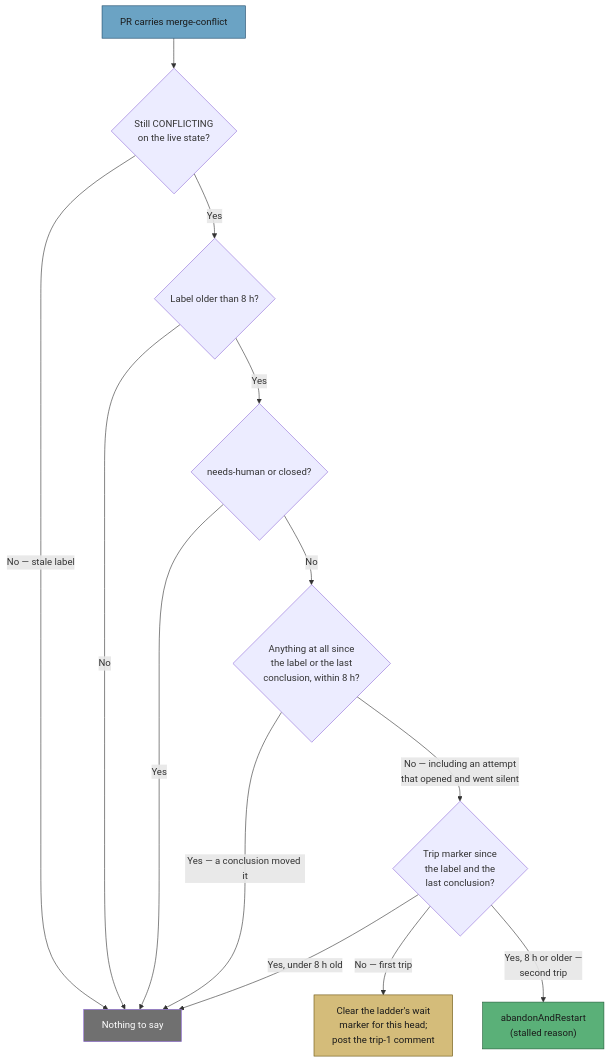
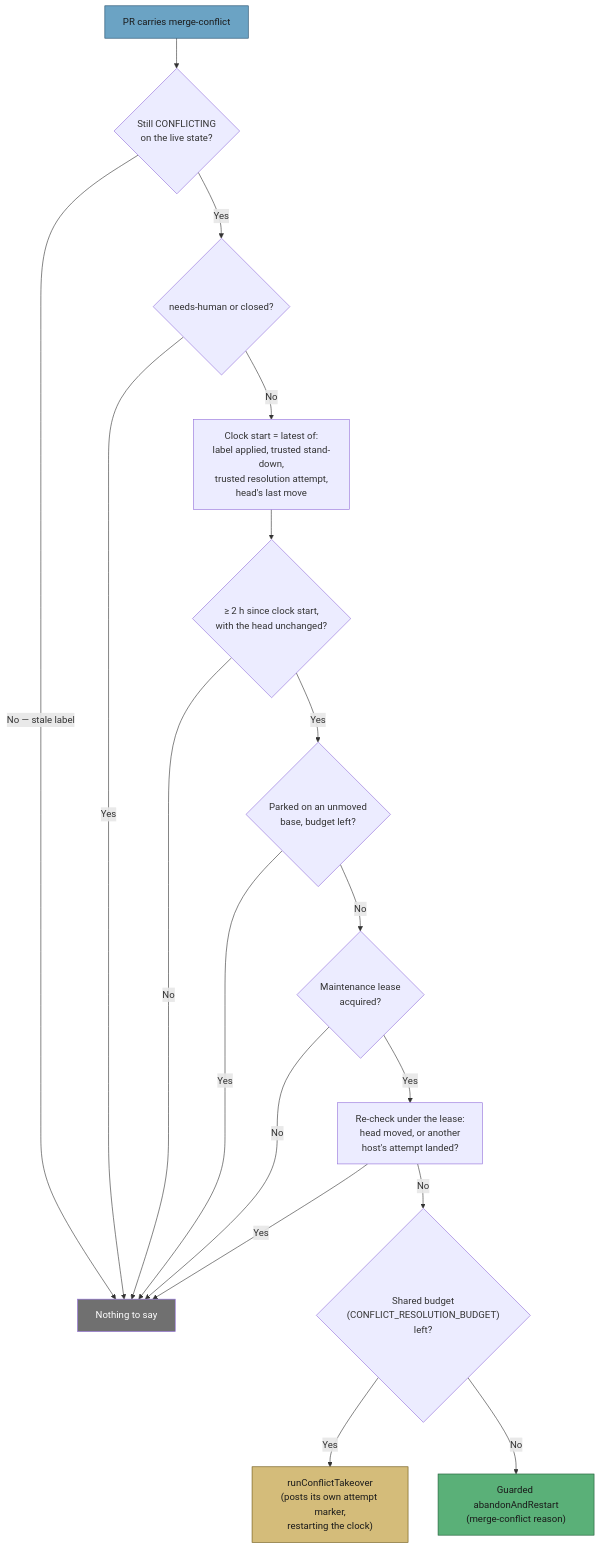
Before and after one commit to stSoftwareAU/VibeCoder: the seventh of 9 diagrams in docs/workflows/merge-conflicts.md, drawn with Mermaid. The commit also changed other lines of this file, not shown here.

Commit message:
Issue #3144: align docs/workflows/merge-conflicts.md with main before milestone sync

````diff
--- a/docs/workflows/merge-conflicts.md
+++ b/docs/workflows/merge-conflicts.md
@@ -770,19 +938,23 @@
 ```mermaid
 flowchart TD
     A[PR carries merge-conflict] --> S{"Still CONFLICTING<br/>on the live state?"}
     S -->|"No — stale label"| Q[Nothing to say]
-    S -->|Yes| B{"Label older than 8 h?"}
+    S -->|Yes| C{"needs-human or closed?"}
+    C -->|Yes| Q
+    C -->|No| K["Clock start = latest of:<br/>label applied, trusted stand-down,<br/>trusted resolution attempt,<br/>head's last move"]
+    K --> B{"≥ 2 h since clock start,<br/>with the head unchanged?"}
     B -->|No| Q
-    B -->|Yes| C{"needs-human or closed?"}
-    C -->|Yes| Q
-    C -->|No| D{"Anything at all since<br/>the label or the last<br/>conclusion, within 8 h?"}
-    D -->|"Yes — a conclusion moved it"| Q
-    D -->|"No — including an attempt<br/>that opened and went silent"| T{"Trip marker since<br/>the label and the<br/>last conclusion?"}
-    T -->|"No — first trip"| E["Clear the ladder's wait<br/>marker for this head;<br/>post the trip-1 comment"]
-    T -->|"Yes, under 8 h old"| Q
-    T -->|"Yes, 8 h or older —<br/>second trip"| G["abandonAndRestart<br/>(stalled reason)"]
+    B -->|Yes| P{"Parked on an unmoved<br/>base, budget left?"}
+    P -->|Yes| Q
+    P -->|No| L{"Maintenance lease<br/>acquired?"}
+    L -->|No| Q
+    L -->|Yes| R["Re-check under the lease:<br/>head moved, or another<br/>host's attempt landed?"]
+    R -->|Yes| Q
+    R -->|No| U{"Shared budget<br/>(CONFLICT_RESOLUTION_BUDGET)<br/>left?"}
+    U -->|Yes| V["runConflictTakeover<br/>(posts its own attempt marker,<br/>restarting the clock)"]
+    U -->|No| G["Guarded abandonAndRestart<br/>(merge-conflict reason)"]
     style A fill:#6ba3c4,stroke:#1d4a6a,color:#1a1a1a
-    style E fill:#d4bc7a,stroke:#6b5510,color:#1a1a1a
+    style V fill:#d4bc7a,stroke:#6b5510,color:#1a1a1a
     style G fill:#5ab078,stroke:#1d5a35,color:#1a1a1a
     style Q fill:#707070,stroke:,color:#fff
 ```
````
